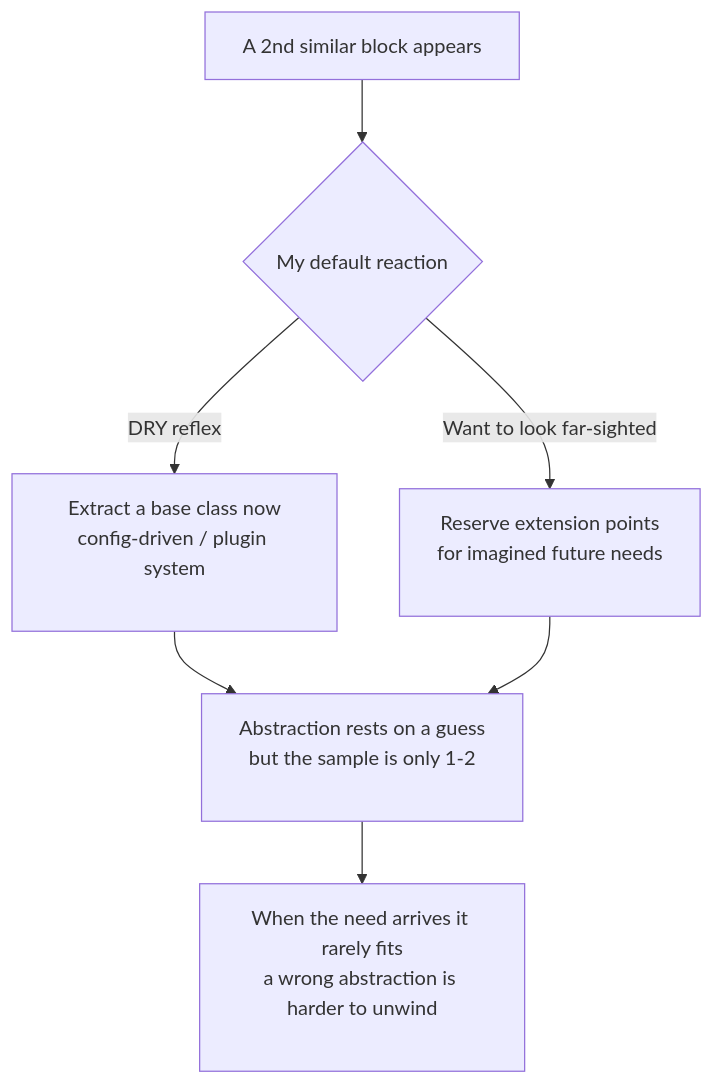
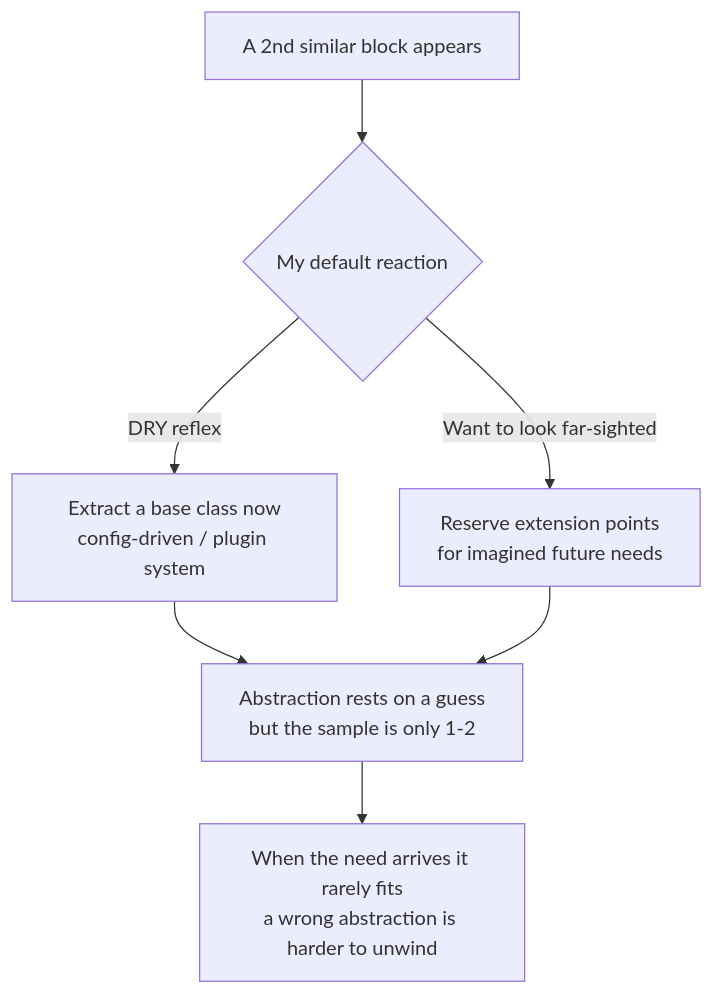
One commit to XuebinMa/AIWiki changed the diagram in i18n/en/docusaurus-plugin-content-docs/current/03-architecture/premature-abstraction.mdx. Above: the diagram before and after it, drawn with Mermaid. The commit also changed 99 other files, not shown here.

First line of the commit message:
fix(mermaid): 全局根治节点文字裁切（htmlLabels:false + 清理 br/nbsp 占位）(#26)

````diff
--- a/i18n/en/docusaurus-plugin-content-docs/current/03-architecture/premature-abstraction.mdx
+++ b/i18n/en/docusaurus-plugin-content-docs/current/03-architecture/premature-abstraction.mdx
@@ -40,9 +40,9 @@
 ```mermaid
 flowchart TD
     A[A 2nd similar block appears] --> B{My default reaction}
-    B -->|DRY reflex| C[Extract a base class now<br/>config-driven / plugin system<br/>&nbsp;]
-    B -->|Want to look far-sighted| D[Reserve extension points<br/>for imagined future needs<br/>&nbsp;]
-    C --> E[Abstraction rests on a guess<br/>but the sample is only 1-2<br/>&nbsp;]
+    B -->|DRY reflex| C[Extract a base class now<br/>config-driven / plugin system]
+    B -->|Want to look far-sighted| D[Reserve extension points<br/>for imagined future needs]
+    C --> E[Abstraction rests on a guess<br/>but the sample is only 1-2]
     D --> E
-    E --> F[When the need arrives it rarely fits<br/>a wrong abstraction is harder to unwind<br/>&nbsp;]
+    E --> F[When the need arrives it rarely fits<br/>a wrong abstraction is harder to unwind]
 ```
````
